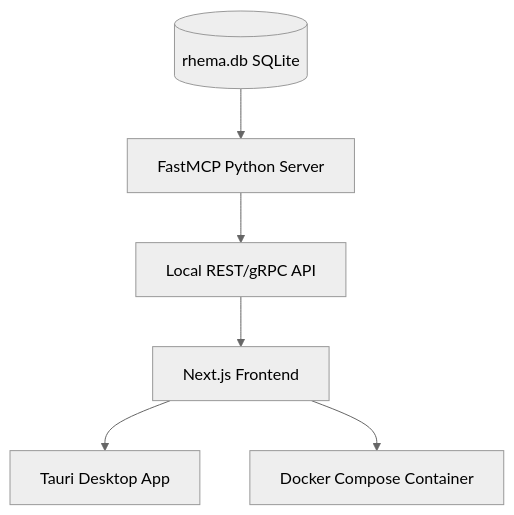
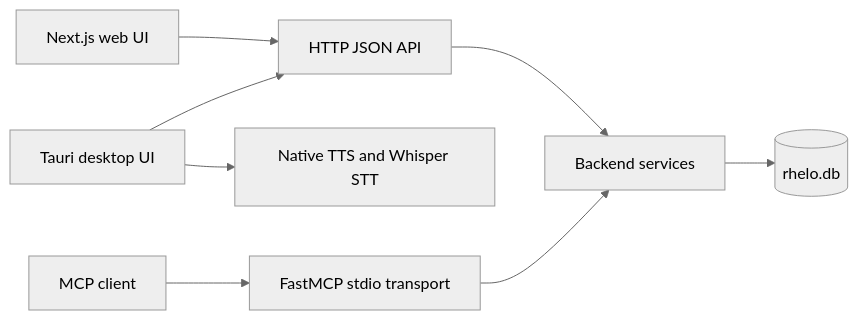
The diagram in rhemamcp_plan.md (JEDIx420/rhema_mcp), drawn with Mermaid (neutral theme) before and after one commit. The commit also changed other lines of this file and 62 other files, not shown here.

Commit message:
Update Rhema MCP: English translations, TTS, Docker, sessions, and UI enhancements

````diff
--- a/rhemamcp_plan.md
+++ b/rhemamcp_plan.md
@@ -56,8 +11,10 @@
 ```mermaid
-graph TD
-    DB[(rhema.db SQLite)] --> MCP[FastMCP Python Server]
-    MCP --> WebAPI[Local REST/gRPC API]
-    WebAPI --> NextJS[Next.js Frontend]
-    NextJS --> Tauri[Tauri Desktop App]
-    NextJS --> Docker[Docker Compose Container]
+flowchart LR
+  Web[Next.js web UI] --> HTTP[HTTP JSON API]
+  Desktop[Tauri desktop UI] --> HTTP
+  Client[MCP client] --> MCP[FastMCP stdio transport]
+  HTTP --> Services[Backend services]
+  MCP --> Services
+  Services --> DB[(rhelo.db)]
+  Desktop --> Voice[Native TTS and Whisper STT]
 ```
````
